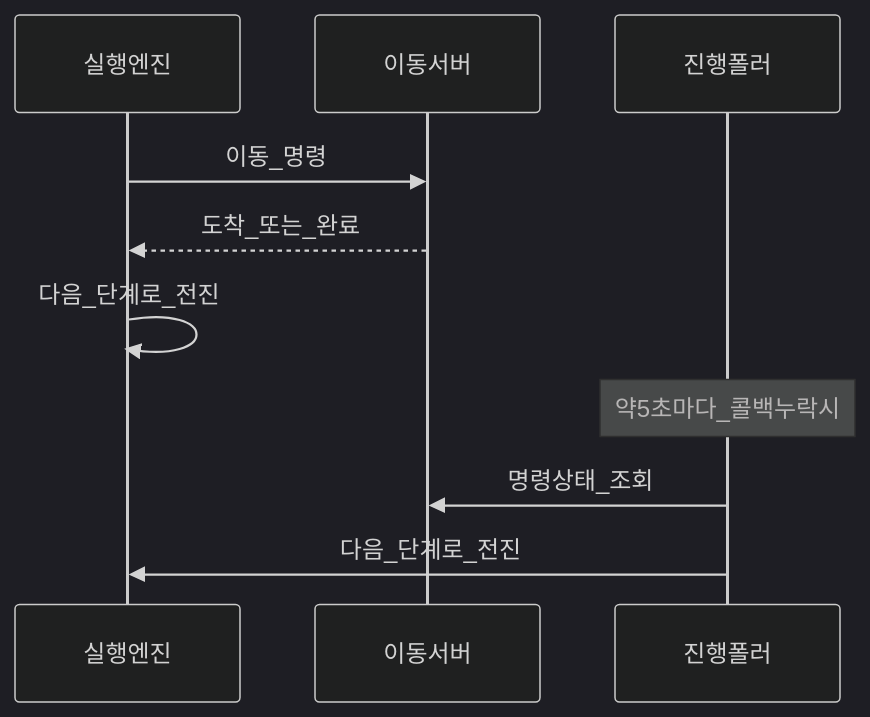
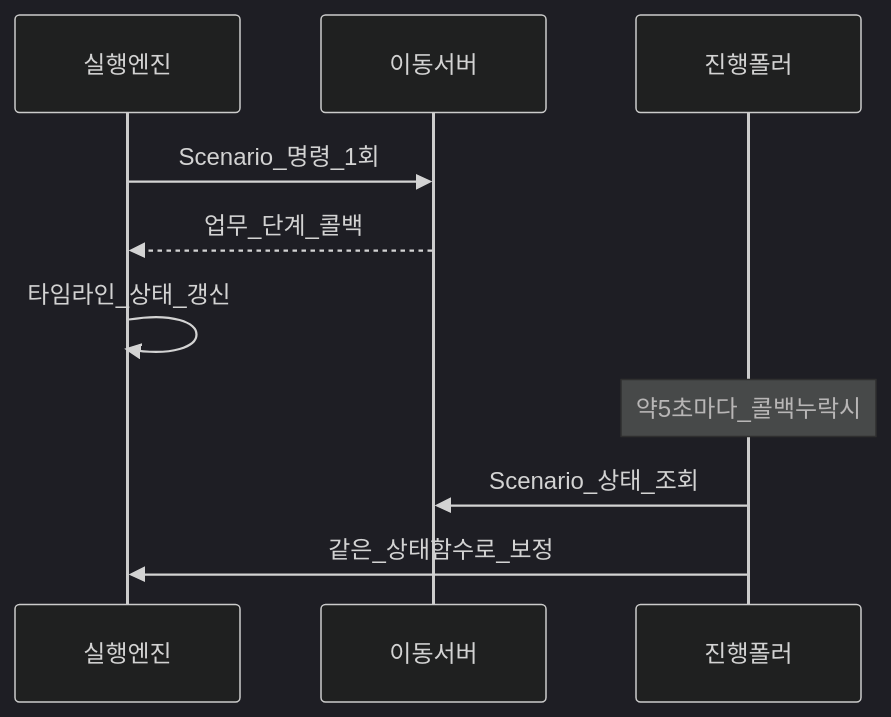
Before and after one commit to eduwing-robotics/ros2-ai-amr-repo3: the eighth of 10 diagrams in main_server/docs/ARCHITECTURE.md, drawn with Mermaid (dark theme). The commit also changed other lines of this file and 31 other files, not shown here.

````diff
--- a/main_server/docs/ARCHITECTURE.md
+++ b/main_server/docs/ARCHITECTURE.md
@@ -170,12 +170,12 @@
 ```mermaid
 sequenceDiagram
   participant Orch as 실행엔진
   participant Mov as 이동서버
   participant Poll as 진행폴러
-  Orch->>Mov: 이동_명령
-  Mov-->>Orch: 도착_또는_완료
-  Orch->>Orch: 다음_단계로_전진
+  Orch->>Mov: Scenario_명령_1회
+  Mov-->>Orch: 업무_단계_콜백
+  Orch->>Orch: 타임라인_상태_갱신
   Note over Poll: 약5초마다_콜백누락시
-  Poll->>Mov: 명령상태_조회
-  Poll->>Orch: 다음_단계로_전진
+  Poll->>Mov: Scenario_상태_조회
+  Poll->>Orch: 같은_상태함수로_보정
 ```
````
